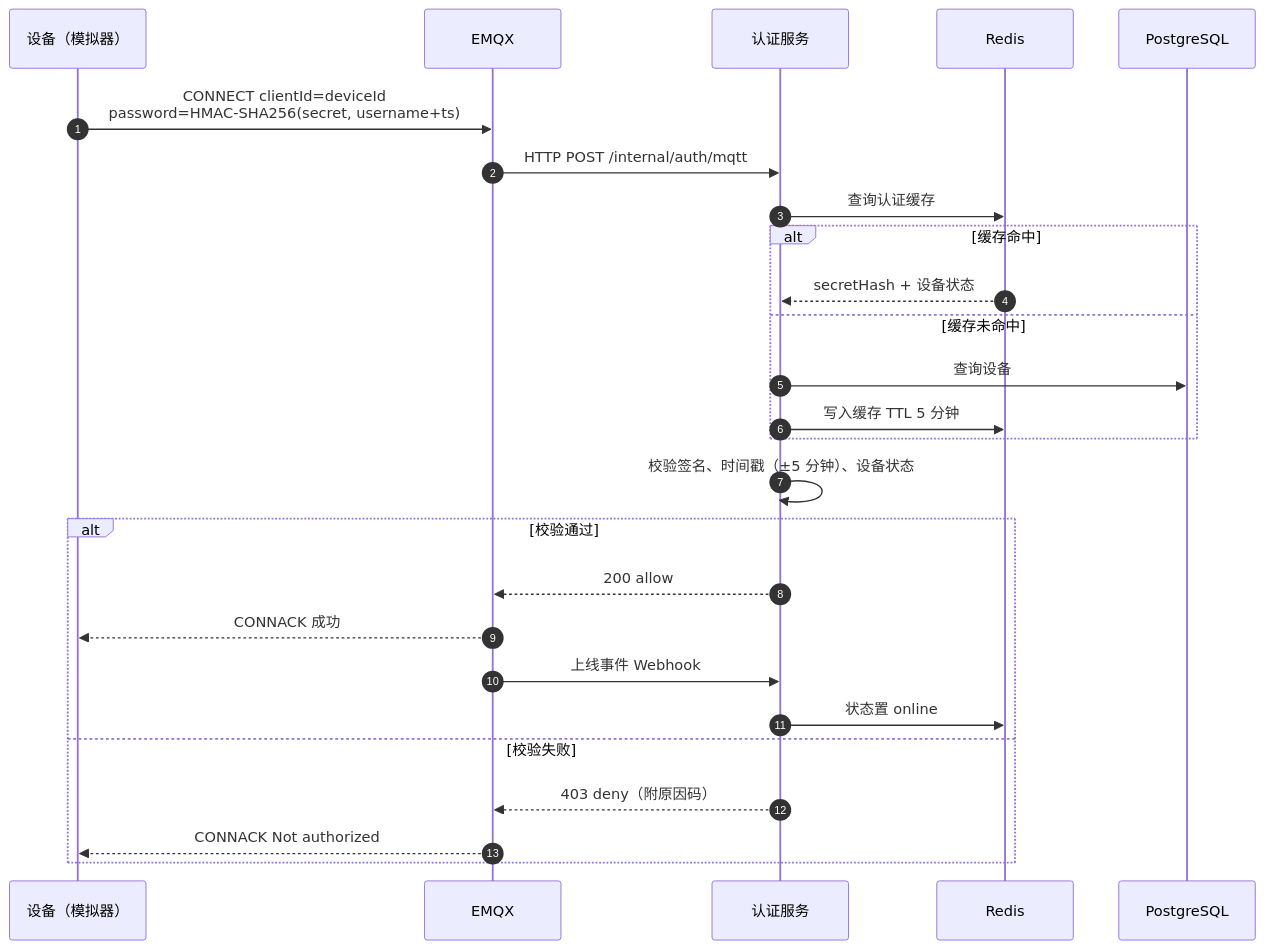
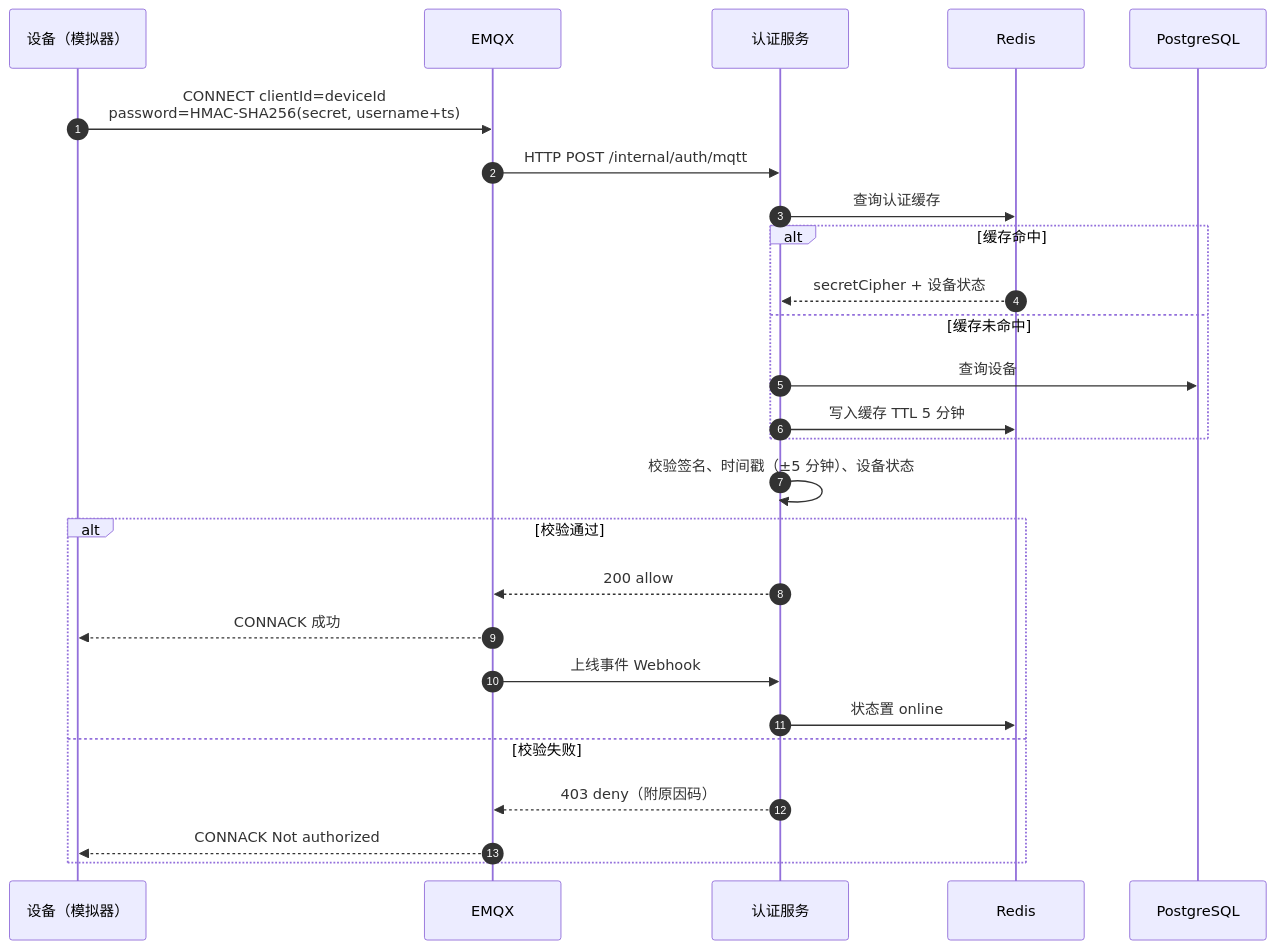
Before and after one commit to wuzhudexiaopacai/coherer: the fourth of 15 diagrams in docs/design.md, drawn with Mermaid. The commit also changed other lines of this file and 25 other files, not shown here.

````diff
--- a/docs/design.md
+++ b/docs/design.md
@@ -136,32 +136,32 @@
 ```mermaid
 sequenceDiagram
     autonumber
     participant D as 设备（模拟器）
     participant EMQX as EMQX
     participant AUTH as 认证服务
     participant R as Redis
     participant DB as PostgreSQL
 
     D->>EMQX: CONNECT clientId=deviceId<br/>password=HMAC-SHA256(secret, username+ts)
     EMQX->>AUTH: HTTP POST /internal/auth/mqtt
     AUTH->>R: 查询认证缓存
 
     alt 缓存命中
-        R-->>AUTH: secretHash + 设备状态
+        R-->>AUTH: secretCipher + 设备状态
     else 缓存未命中
         AUTH->>DB: 查询设备
         AUTH->>R: 写入缓存 TTL 5 分钟
     end
 
     AUTH->>AUTH: 校验签名、时间戳（±5 分钟）、设备状态
 
     alt 校验通过
         AUTH-->>EMQX: 200 allow
         EMQX-->>D: CONNACK 成功
         EMQX->>AUTH: 上线事件 Webhook
         AUTH->>R: 状态置 online
     else 校验失败
         AUTH-->>EMQX: 403 deny（附原因码）
         EMQX-->>D: CONNACK Not authorized
     end
 ```
````
